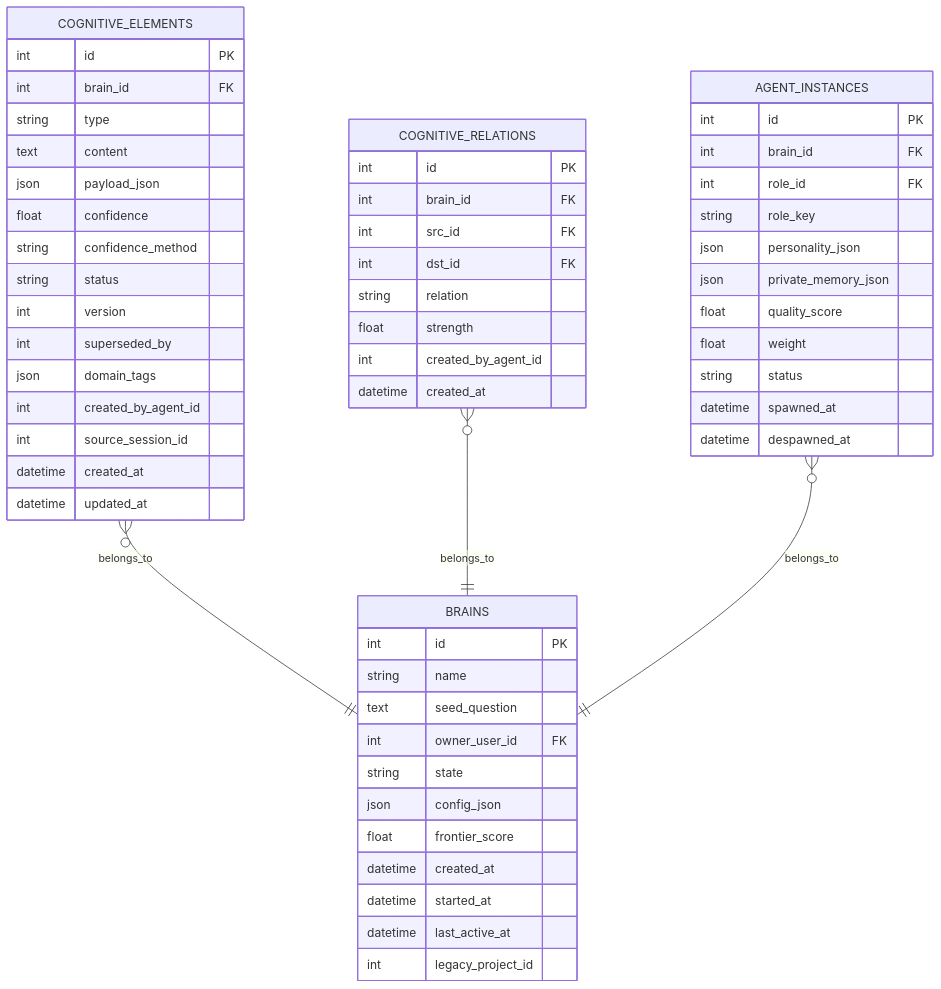
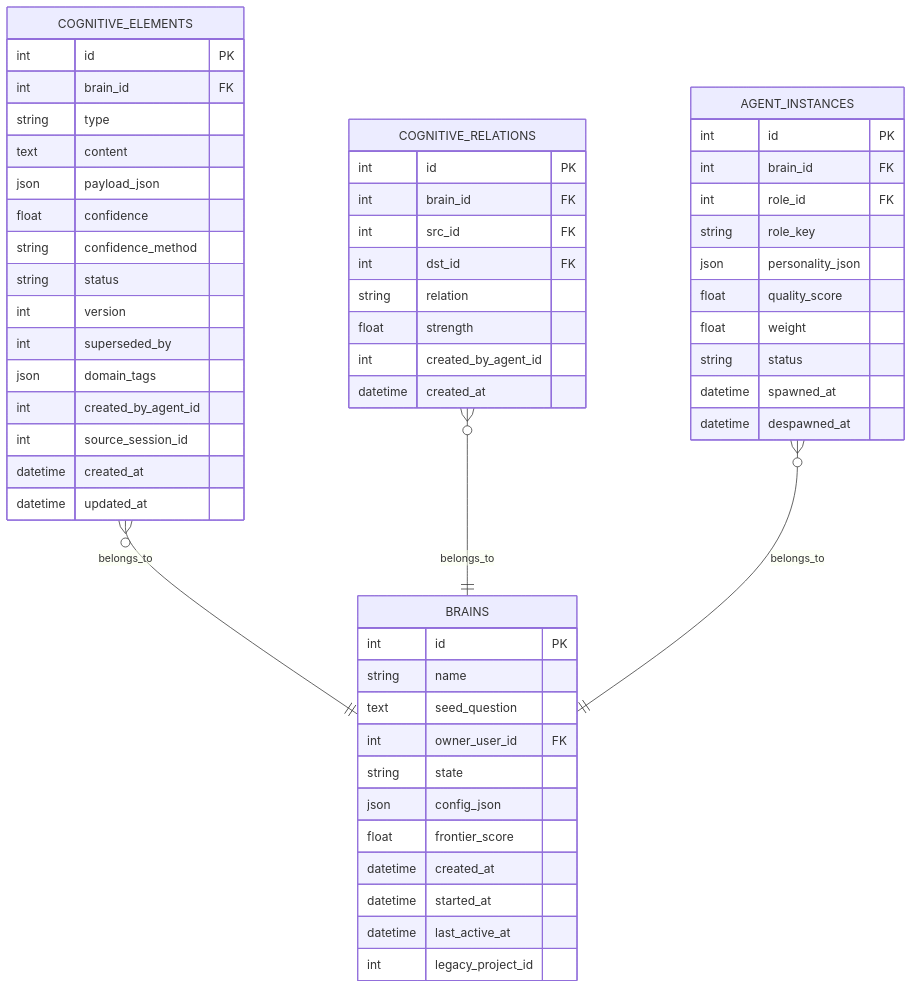
One commit to GDY-ai/ainstein changed the eighth of 15 diagrams in .qoder/repowiki/zh/content/系统架构/AI代理架构/AI代理框架.md. Above: the diagram before and after it, drawn with Mermaid. The commit also changed other lines of this file and 47 other files, not shown here.

````diff
--- a/.qoder/repowiki/zh/content/系统架构/AI代理架构/AI代理框架.md
+++ b/.qoder/repowiki/zh/content/系统架构/AI代理架构/AI代理框架.md
@@ -383,59 +393,58 @@
 ```mermaid
 erDiagram
 COGNITIVE_ELEMENTS {
 int id PK
 int brain_id FK
 string type
 text content
 json payload_json
 float confidence
 string confidence_method
 string status
 int version
 int superseded_by
 json domain_tags
 int created_by_agent_id
 int source_session_id
 datetime created_at
 datetime updated_at
 }
 COGNITIVE_RELATIONS {
 int id PK
 int brain_id FK
 int src_id FK
 int dst_id FK
 string relation
 float strength
 int created_by_agent_id
 datetime created_at
 }
 AGENT_INSTANCES {
 int id PK
 int brain_id FK
 int role_id FK
 string role_key
 json personality_json
-json private_memory_json
 float quality_score
 float weight
 string status
 datetime spawned_at
 datetime despawned_at
 }
 BRAINS {
 int id PK
 string name
 text seed_question
 int owner_user_id FK
 string state
 json config_json
 float frontier_score
 datetime created_at
 datetime started_at
 datetime last_active_at
 int legacy_project_id
 }
 COGNITIVE_ELEMENTS }o--|| BRAINS : belongs_to
 COGNITIVE_RELATIONS }o--|| BRAINS : belongs_to
 AGENT_INSTANCES }o--|| BRAINS : belongs_to
 ```
````
